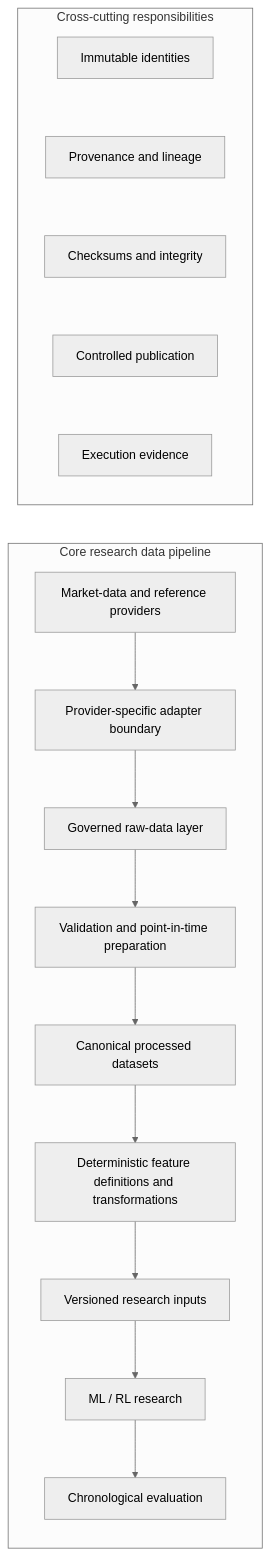
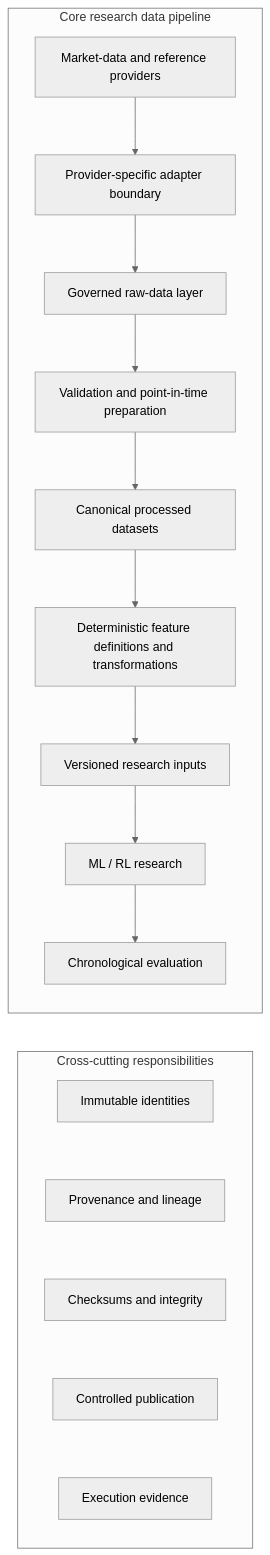
Before and after one commit to racoope70/quantitative-trading-research-platform: the diagram in docs/architecture/data_architecture_overview.md, drawn with Mermaid (neutral theme).

Commit message:
docs: separate pipeline and cross-cutting controls vertically (#84)

````diff
--- a/docs/architecture/data_architecture_overview.md
+++ b/docs/architecture/data_architecture_overview.md
@@ -7,22 +7,25 @@
 ```mermaid
-flowchart LR
+flowchart TB
     subgraph PIPE["Core research data pipeline"]
         direction TB
         A[Market-data and reference providers] --> B[Provider-specific adapter boundary]
         B --> C[Governed raw-data layer]
         C --> D[Validation and point-in-time preparation]
         D --> E[Canonical processed datasets]
         E --> F[Deterministic feature definitions and transformations]
         F --> G[Versioned research inputs]
         G --> H[ML / RL research]
         H --> I[Chronological evaluation]
     end
 
     subgraph CONTROLS["Cross-cutting responsibilities"]
         direction TB
         X1["Immutable identities"] ~~~ X2["Provenance and lineage"]
         X2 ~~~ X3["Checksums and integrity"]
         X3 ~~~ X4["Controlled publication"]
         X4 ~~~ X5["Execution evidence"]
     end
+
+    %% Invisible layout connector; no data-flow relationship is implied.
+    PIPE ~~~ CONTROLS
 ```
````
